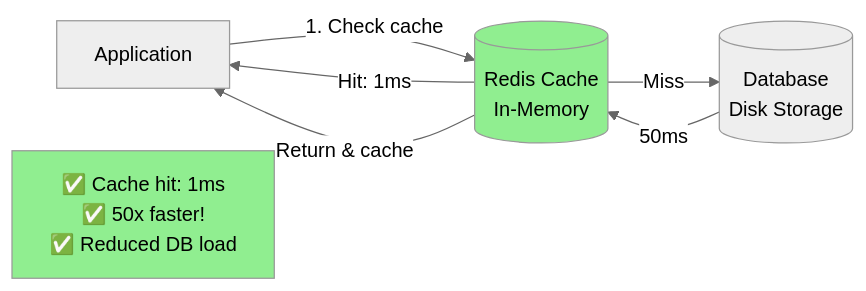
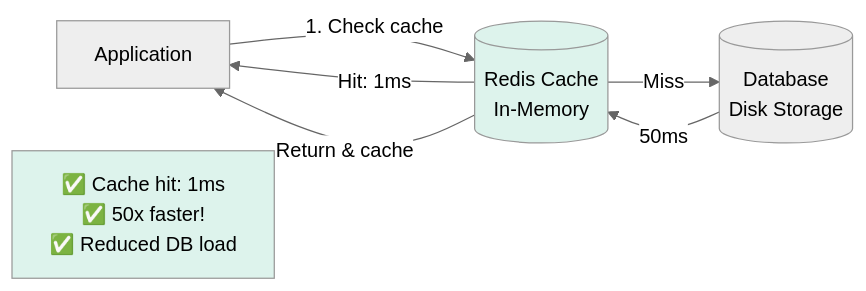
One commit to cartmancodes/InterviewVault changed the second of 47 diagrams in LLD/CoreConcepts/Caching.md. Above: the diagram before and after it, drawn with Mermaid (neutral theme). The commit also changed other lines of this file and 679 other files, not shown here.

Commit message:
Unify content diagrams and add accessible visual walkthroughs

````diff
--- a/LLD/CoreConcepts/Caching.md
+++ b/LLD/CoreConcepts/Caching.md
@@ -38,17 +38,17 @@
 ```mermaid
 graph LR
     APP[Application]
     CACHE[(Redis Cache<br/>In-Memory)]
     DB[(Database<br/>Disk Storage)]
     
     APP -->|1. Check cache| CACHE
     CACHE -->|Hit: 1ms| APP
     CACHE -->|Miss| DB
     DB -->|50ms| CACHE
     CACHE -->|Return & cache| APP
     
     NOTE[✅ Cache hit: 1ms<br/>✅ 50x faster!<br/>✅ Reduced DB load]
     
-    style CACHE fill:#90EE90
-    style NOTE fill:#90EE90
+    style CACHE fill:#DDF3EC
+    style NOTE fill:#DDF3EC
 ```
````
